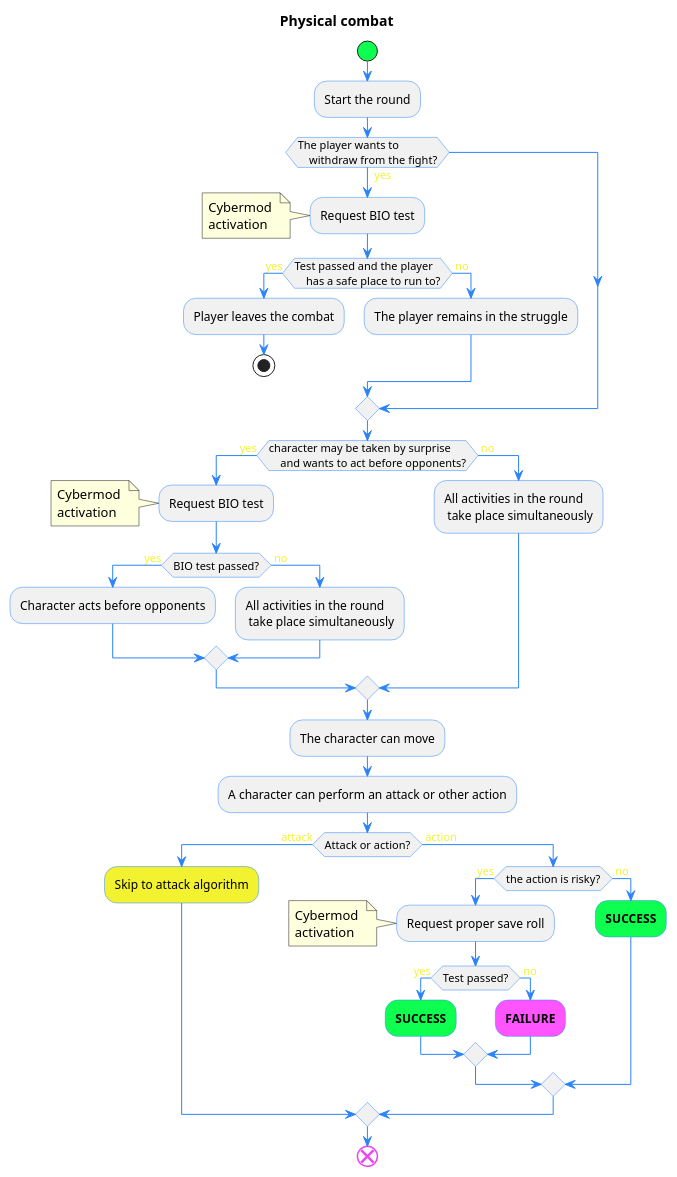
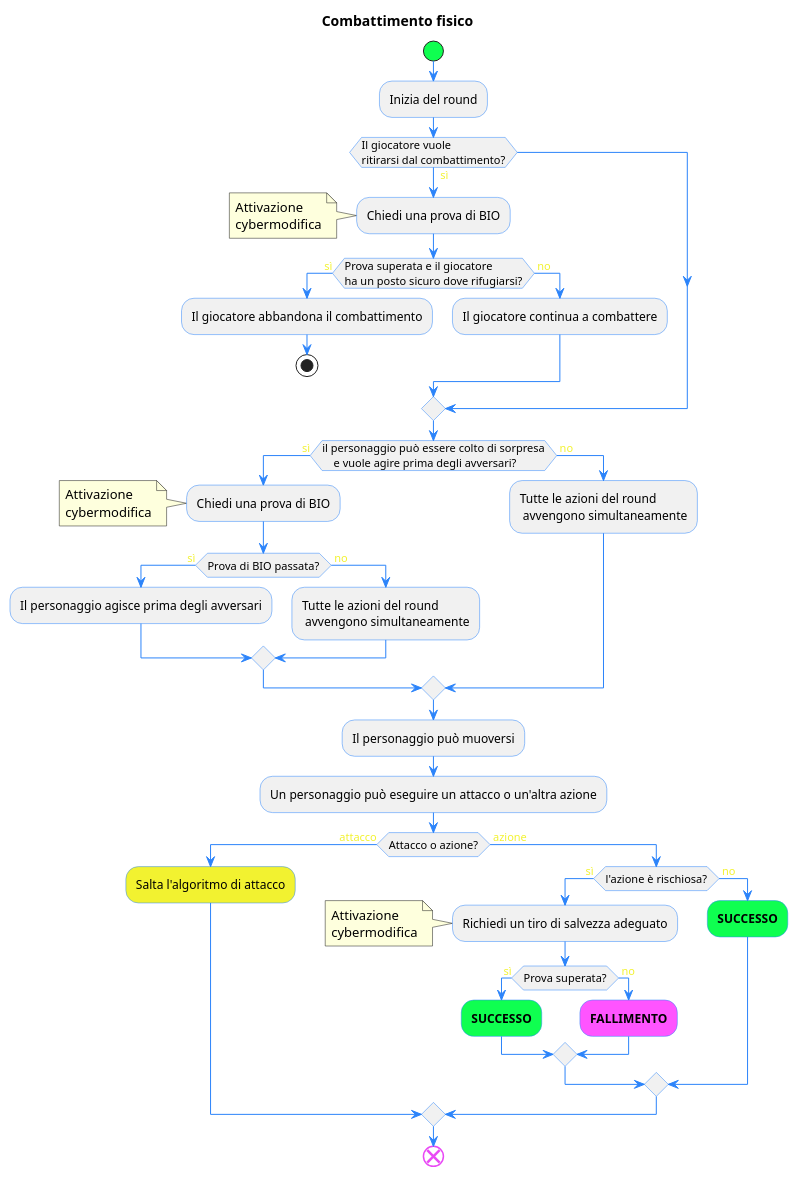
The second of 5 diagrams in datapack/algorithms.plantuml (Italian-Translation-Alliance/cyber-ita), drawn with PlantUML before and after one commit. The commit also changed other lines of this file and 18 other files, not shown here.

```diff
--- a/datapack/algorithms.plantuml
+++ b/datapack/algorithms.plantuml
@@ -45,67 +45,67 @@
-@startuml "Physical combat"
-title "Physical combat"
+@startuml "Combattimento fisico"
+title "Combattimento fisico"
 skinparam defaultFontName Oxanium
 skinparam activity {
   StartColor #0fff50
   BarColor #2c84fa
   EndColor #e949f5
   BorderColor #2c84fa
   ArrowColor #2c84fa
   FontName Oxanium
 }
 start
-:Start the round;
-if (The player wants to
-    withdraw from the fight?) then (<color:#f2f230> yes)
-:Request BIO test;
+:Inizia del round;
+if (Il giocatore vuole 
+ritirarsi dal combattimento?) then (<color:#f2f230> sì)
+:Chiedi una prova di BIO;
  note left
-   Cybermod 
-   activation
+   Attivazione 
+   cybermodifica
  endnote
-if (Test passed and the player 
-    has a safe place to run to?) then (<color:#f2f230> yes)
-:Player leaves the combat;
+if (Prova superata e il giocatore
+ha un posto sicuro dove rifugiarsi?) then (<color:#f2f230> sì)
+:Il giocatore abbandona il combattimento;
 stop
 else (<color:#f2f230> no)
-:The player remains in the struggle;
+:Il giocatore continua a combattere;
 endif
 endif
-if (character may be taken by surprise
-    and wants to act before opponents?) then (<color:#f2f230> yes)
-  :Request BIO test;
+if (il personaggio può essere colto di sorpresa
+    e vuole agire prima degli avversari?) then (<color:#f2f230> sì)
+  :Chiedi una prova di BIO;
   note left
-   Cybermod 
-   activation
+   Attivazione 
+   cybermodifica
   endnote
-  if (BIO test passed?) then (<color:#f2f230> yes)
-    :Character acts before opponents;
+  if (Prova di BIO passata?) then (<color:#f2f230> sì)
+    :Il personaggio agisce prima degli avversari;
   else (<color:#f2f230> no)
-    :All activities in the round
-     take place simultaneously;
+    :Tutte le azioni del round
+     avvengono simultaneamente;
   endif
 else (<color:#f2f230> no)
-  :All activities in the round
-   take place simultaneously;
+    :Tutte le azioni del round
+     avvengono simultaneamente;
 endif
-:The character can move;
-:A character can perform an attack or other action;
-if (Attack or action?) then (<color:#f2f230> attack)
-#f2f230 :Skip to attack algorithm;
-else (<color:#f2f230> action)
-  if (the action is risky?) then (<color:#f2f230> yes)
-    :Request proper save roll;
+:Il personaggio può muoversi;
+:Un personaggio può eseguire un attacco o un'altra azione;
+if (Attacco o azione?) then (<color:#f2f230> attacco)
+#f2f230 :Salta l'algoritmo di attacco;
+else (<color:#f2f230> azione)
+  if (l'azione è rischiosa?) then (<color:#f2f230> sì)
+    :Richiedi un tiro di salvezza adeguato;
     note left
-      Cybermod 
-      activation
+   Attivazione 
+   cybermodifica
     endnote
-    if (Test passed?) then (<color:#f2f230> yes)
-    #0fff50 :**SUCCESS**;
+    if (Prova superata?) then (<color:#f2f230> sì)
+    #0fff50 :**SUCCESSO**;
     else (<color:#f2f230> no)
-    #ff54ff:**FAILURE**;
+    #ff54ff:**FALLIMENTO**;
     endif
   else (<color:#f2f230> no)
-    #0fff50 :**SUCCESS**;
+    #0fff50 :**SUCCESSO**;
   endif 
 endif
 end
 @enduml
```
